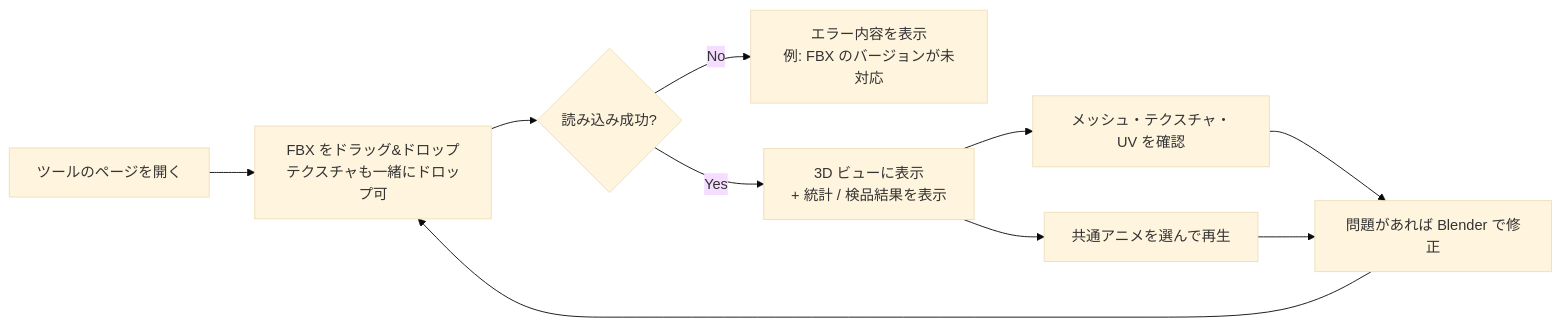
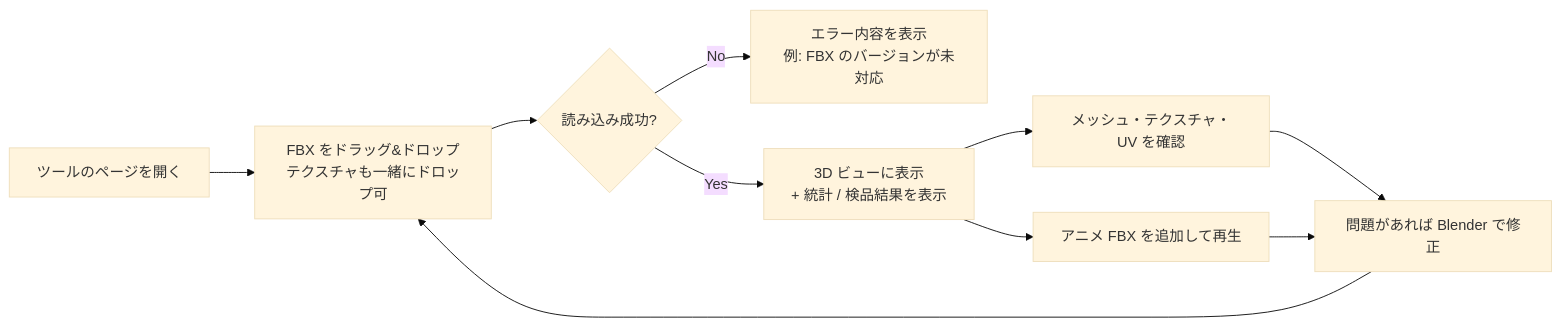
Before and after one commit to nitou-kanazawa/tool-web-FbxViewer: the diagram in docs/fbx-viewer/requirements.md, drawn with Mermaid (base theme). The commit also changed other lines of this file and 1 other file, not shown here.

First line of the commit message:
docs: FBX ビューアの設計書を追加し、要件定義の決定事項を反映

````diff
--- a/docs/fbx-viewer/requirements.md
+++ b/docs/fbx-viewer/requirements.md
@@ -54,12 +55,12 @@
 ```mermaid
 flowchart LR
     A[ツールのページを開く] --> B[FBX をドラッグ&ドロップ<br/>テクスチャも一緒にドロップ可]
     B --> C{読み込み成功?}
     C -- No --> D[エラー内容を表示<br/>例: FBX のバージョンが未対応]
     C -- Yes --> E[3D ビューに表示<br/>+ 統計 / 検品結果を表示]
     E --> F[メッシュ・テクスチャ・UV を確認]
-    E --> G[共通アニメを選んで再生]
+    E --> G[アニメ FBX を追加して再生]
     F --> H[問題があれば Blender で修正]
     G --> H
     H --> B
 ```
````
